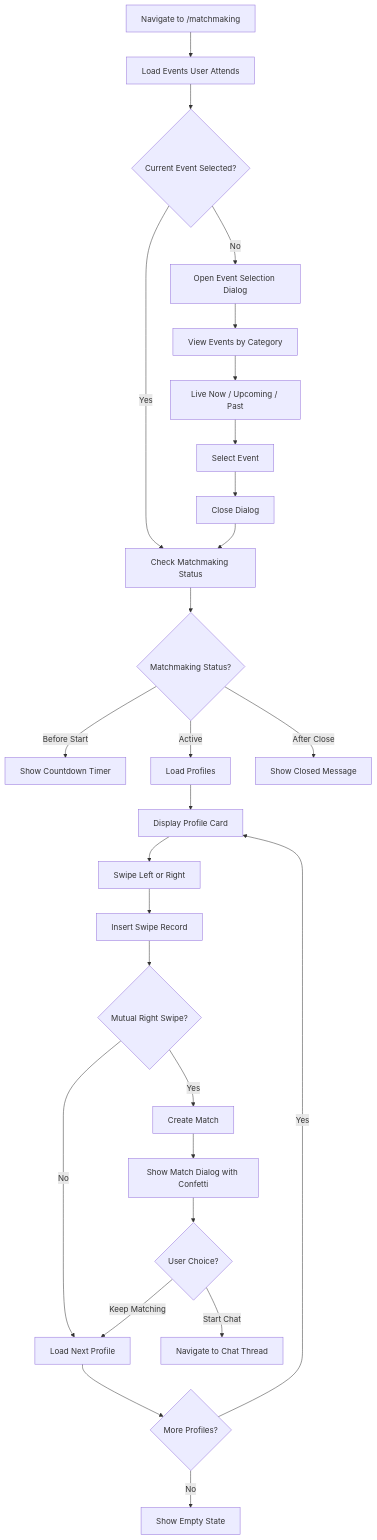
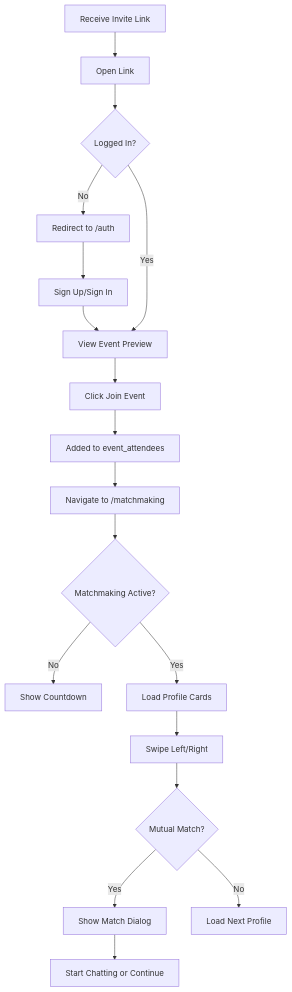
The fifth of 6 diagrams in PRODUCT_REQUIREMENTS_DOCUMENT.md (ketochiesesoyyo/konfetti-capacitor-integration), drawn with Mermaid before and after one commit. The commit also changed other lines of this file, not shown here.

````diff
--- a/PRODUCT_REQUIREMENTS_DOCUMENT.md
+++ b/PRODUCT_REQUIREMENTS_DOCUMENT.md
@@ -3351,29 +841,20 @@
 ```mermaid
 graph TD
-    A[Navigate to /matchmaking] --> B[Load Events User Attends]
-    B --> C{Current Event Selected?}
-    C -->|No| D[Open Event Selection Dialog]
-    D --> E[View Events by Category]
-    E --> F[Live Now / Upcoming / Past]
-    F --> G[Select Event]
-    G --> H[Close Dialog]
-    C -->|Yes| I[Check Matchmaking Status]
-    H --> I
-    I --> J{Matchmaking Status?}
-    J -->|Before Start| K[Show Countdown Timer]
-    J -->|Active| L[Load Profiles]
-    J -->|After Close| M[Show Closed Message]
-    L --> N[Display Profile Card]
-    N --> O[Swipe Left or Right]
-    O --> P[Insert Swipe Record]
-    P --> Q{Mutual Right Swipe?}
-    Q -->|Yes| R[Create Match]
-    Q -->|No| S[Load Next Profile]
-    R --> T[Show Match Dialog with Confetti]
-    T --> U{User Choice?}
-    U -->|Start Chat| V[Navigate to Chat Thread]
-    U -->|Keep Matching| S
-    S --> W{More Profiles?}
-    W -->|Yes| N
-    W -->|No| X[Show Empty State]
+    A[Receive Invite Link] --> B[Open Link]
+    B --> C{Logged In?}
+    C -->|No| D[Redirect to /auth]
+    D --> E[Sign Up/Sign In]
+    E --> F[Redirect Back]
+    C -->|Yes| F[View Event Preview]
+    F --> G[Click Join Event]
+    G --> H[Added to event_attendees]
+    H --> I[Navigate to /matchmaking]
+    I --> J{Matchmaking Active?}
+    J -->|No| K[Show Countdown]
+    J -->|Yes| L[Load Profile Cards]
+    L --> M[Swipe Left/Right]
+    M --> N{Mutual Match?}
+    N -->|Yes| O[Show Match Dialog]
+    N -->|No| P[Load Next Profile]
+    O --> Q[Start Chatting or Continue]
 ```
````
